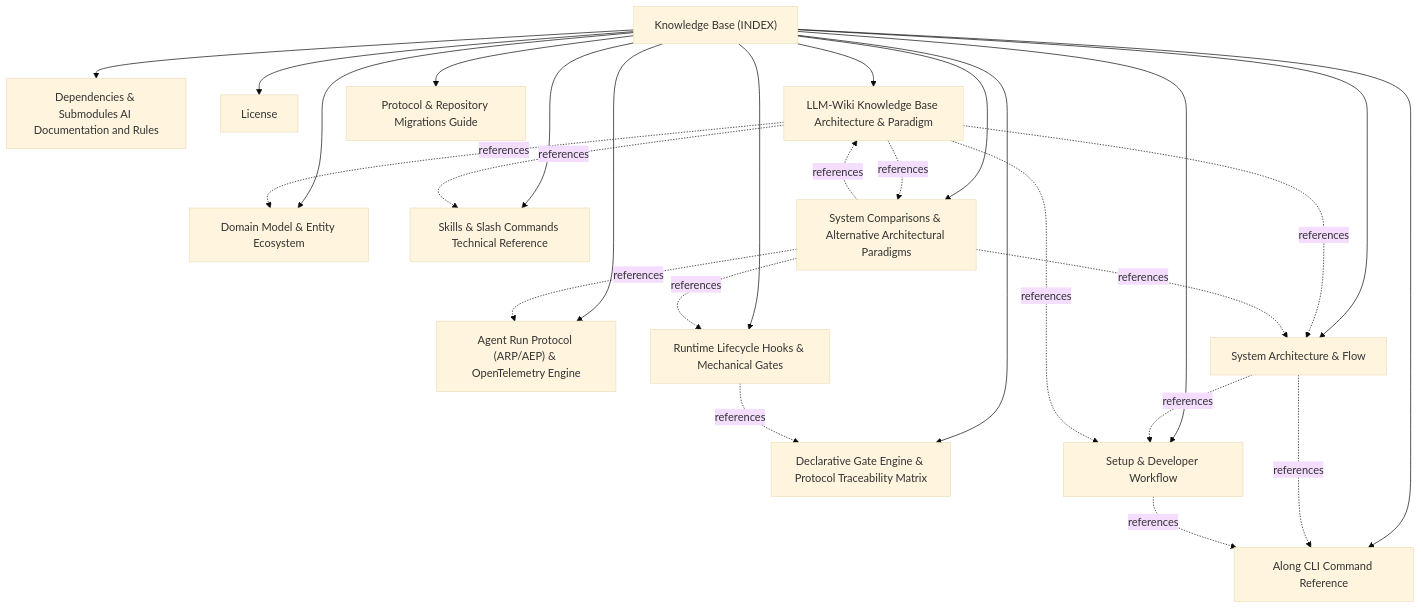
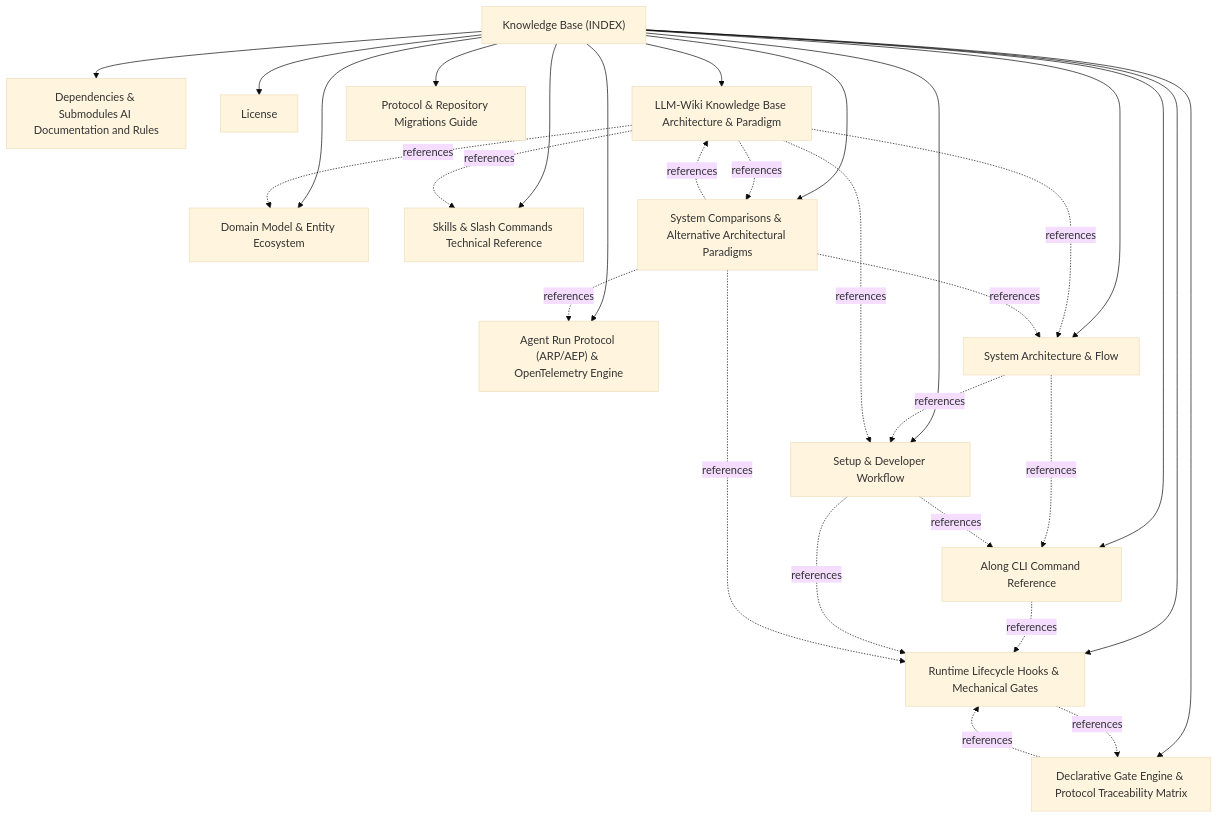
Before and after one commit to actdim/along: the diagram in docs/INDEX.md, drawn with Mermaid (base theme). The commit also changed other lines of this file and 48 other files, not shown here.

````diff
--- a/docs/INDEX.md
+++ b/docs/INDEX.md
@@ -17,43 +17,46 @@
 ```mermaid
 flowchart TD
     INDEX["Knowledge Base (INDEX)"]
     T_AGENT_RUN_PROTOCOL["Agent Run Protocol (ARP/AEP) & OpenTelemetry Engine"]
     INDEX --> T_AGENT_RUN_PROTOCOL
     T_ARCHITECTURE["System Architecture & Flow"]
     INDEX --> T_ARCHITECTURE
     T_CLI_REFERENCE["Along CLI Command Reference"]
     INDEX --> T_CLI_REFERENCE
     T_DECLARATIVE_GATES_AND_TRACEABILITY["Declarative Gate Engine & Protocol Traceability Matrix"]
     INDEX --> T_DECLARATIVE_GATES_AND_TRACEABILITY
     T_DEPENDENCIES["Dependencies & Submodules AI Documentation and Rules"]
     INDEX --> T_DEPENDENCIES
     T_DOMAIN_MODEL["Domain Model & Entity Ecosystem"]
     INDEX --> T_DOMAIN_MODEL
     T_LICENSE["License"]
     INDEX --> T_LICENSE
     T_LLM_WIKI_ARCHITECTURE["LLM-Wiki Knowledge Base Architecture & Paradigm"]
     INDEX --> T_LLM_WIKI_ARCHITECTURE
     T_MIGRATIONS["Protocol & Repository Migrations Guide"]
     INDEX --> T_MIGRATIONS
     T_RUNTIME_HOOKS_AND_GATES["Runtime Lifecycle Hooks & Mechanical Gates"]
     INDEX --> T_RUNTIME_HOOKS_AND_GATES
     T_SETUP_AND_WORKFLOW["Setup & Developer Workflow"]
     INDEX --> T_SETUP_AND_WORKFLOW
     T_SKILLS_REFERENCE["Skills & Slash Commands Technical Reference"]
     INDEX --> T_SKILLS_REFERENCE
     T_SYSTEM_COMPARISONS["System Comparisons & Alternative Architectural Paradigms"]
     INDEX --> T_SYSTEM_COMPARISONS
     T_ARCHITECTURE -.->|references| T_CLI_REFERENCE
     T_ARCHITECTURE -.->|references| T_SETUP_AND_WORKFLOW
+    T_CLI_REFERENCE -.->|references| T_RUNTIME_HOOKS_AND_GATES
+    T_DECLARATIVE_GATES_AND_TRACEABILITY -.->|references| T_RUNTIME_HOOKS_AND_GATES
     T_LLM_WIKI_ARCHITECTURE -.->|references| T_SYSTEM_COMPARISONS
     T_LLM_WIKI_ARCHITECTURE -.->|references| T_ARCHITECTURE
     T_LLM_WIKI_ARCHITECTURE -.->|references| T_DOMAIN_MODEL
     T_LLM_WIKI_ARCHITECTURE -.->|references| T_SKILLS_REFERENCE
     T_LLM_WIKI_ARCHITECTURE -.->|references| T_SETUP_AND_WORKFLOW
     T_RUNTIME_HOOKS_AND_GATES -.->|references| T_DECLARATIVE_GATES_AND_TRACEABILITY
+    T_SETUP_AND_WORKFLOW -.->|references| T_RUNTIME_HOOKS_AND_GATES
     T_SETUP_AND_WORKFLOW -.->|references| T_CLI_REFERENCE
     T_SYSTEM_COMPARISONS -.->|references| T_LLM_WIKI_ARCHITECTURE
     T_SYSTEM_COMPARISONS -.->|references| T_RUNTIME_HOOKS_AND_GATES
     T_SYSTEM_COMPARISONS -.->|references| T_AGENT_RUN_PROTOCOL
     T_SYSTEM_COMPARISONS -.->|references| T_ARCHITECTURE
 ```
````
